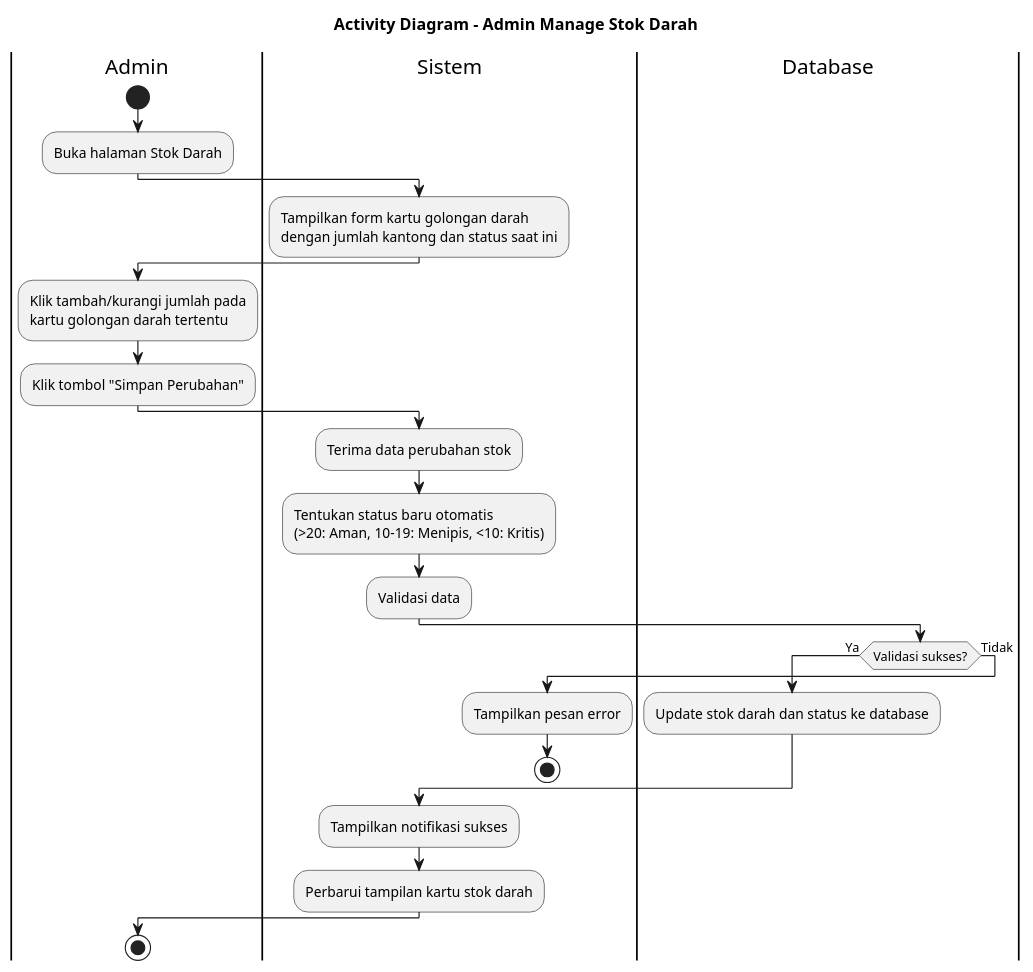
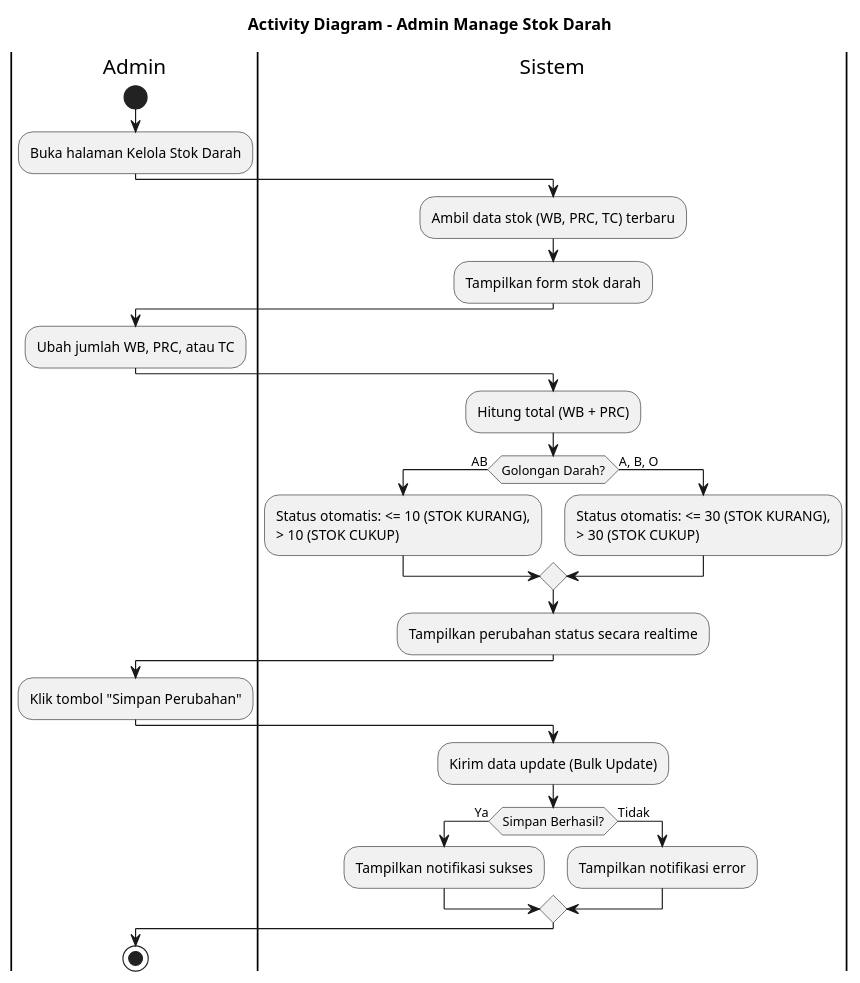
One commit to jaddu17/capstonepmikp changed the diagram in diagram/activitydiagram_admin_manage_stok.puml. Above: the diagram before and after it, drawn with PlantUML. The commit also changed 23 other files, not shown here.

Commit message:
revisi diagram

```diff
--- a/diagram/activitydiagram_admin_manage_stok.puml
+++ b/diagram/activitydiagram_admin_manage_stok.puml
@@ -1,39 +1,38 @@
 @startuml ACTIVITY_DIAGRAM_ADMIN_MANAGE_STOK
 title Activity Diagram - Admin Manage Stok Darah
 
 |Admin|
 start
-:Buka halaman Stok Darah;
+:Buka halaman Kelola Stok Darah;
 
 |Sistem|
-:Tampilkan form kartu golongan darah
-dengan jumlah kantong dan status saat ini;
+:Ambil data stok (WB, PRC, TC) terbaru;
+:Tampilkan form stok darah;
 
 |Admin|
-:Klik tambah/kurangi jumlah pada
-kartu golongan darah tertentu;
+:Ubah jumlah WB, PRC, atau TC;
+
+|Sistem|
+:Hitung total (WB + PRC);
+if (Golongan Darah?) then (AB)
+  :Status otomatis: <= 10 (STOK KURANG),\n> 10 (STOK CUKUP);
+else (A, B, O)
+  :Status otomatis: <= 30 (STOK KURANG),\n> 30 (STOK CUKUP);
+endif
+:Tampilkan perubahan status secara realtime;
+
+|Admin|
 :Klik tombol "Simpan Perubahan";
 
 |Sistem|
-:Terima data perubahan stok;
-:Tentukan status baru otomatis
-(>20: Aman, 10-19: Menipis, <10: Kritis);
-:Validasi data;
-
-|Database|
-if (Validasi sukses?) then (Ya)
-  :Update stok darah dan status ke database;
+:Kirim data update (Bulk Update);
+if (Simpan Berhasil?) then (Ya)
+  :Tampilkan notifikasi sukses;
 else (Tidak)
-  |Sistem|
-  :Tampilkan pesan error;
-  stop
+  :Tampilkan notifikasi error;
 endif
-
-|Sistem|
-:Tampilkan notifikasi sukses;
-:Perbarui tampilan kartu stok darah;
 
 |Admin|
 stop
 
 @enduml
```
